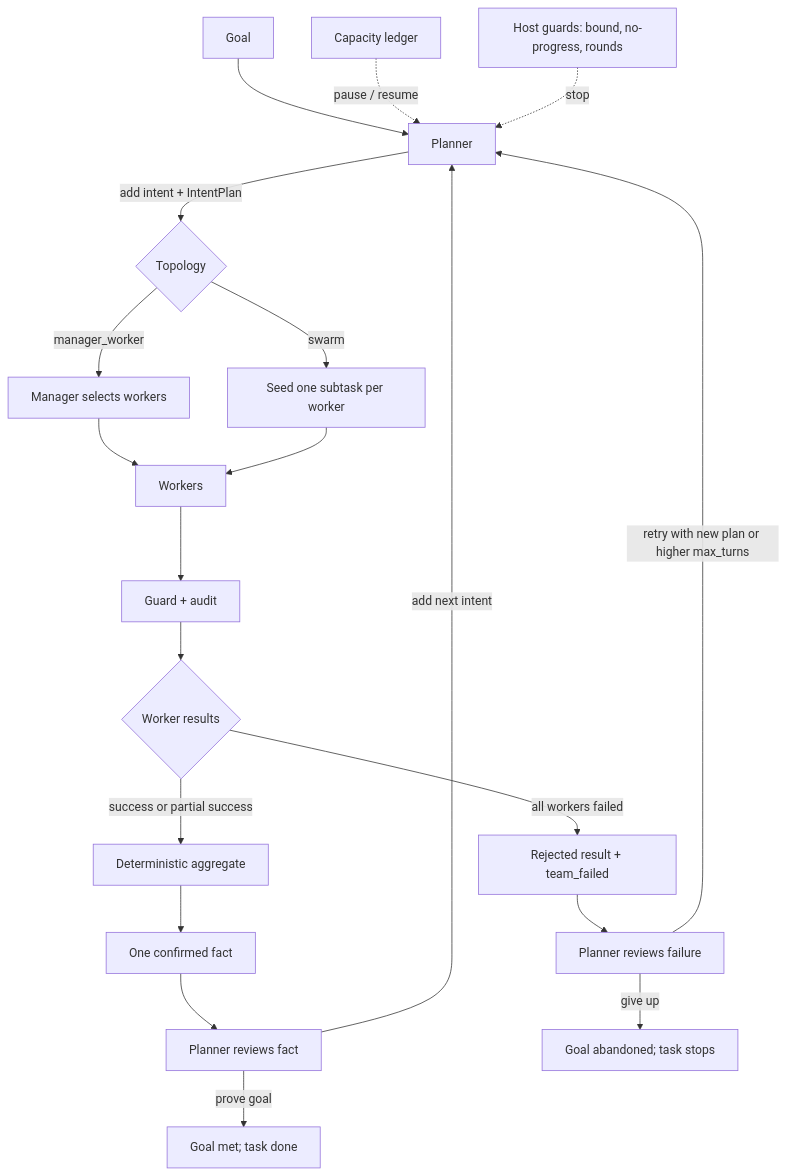
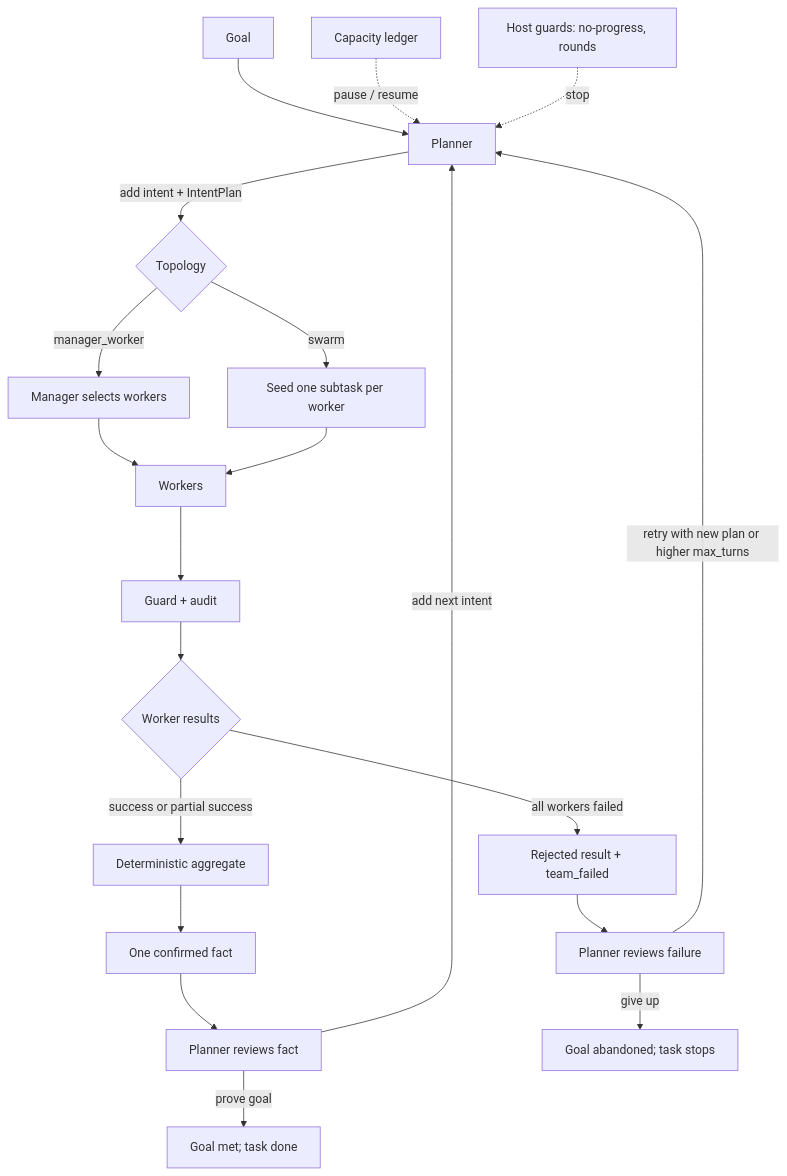
Before and after one commit to akshay93akshay/dhi: the diagram in README.md, drawn with Mermaid. The commit also changed other lines of this file and 49 other files, not shown here.

````diff
--- a/README.md
+++ b/README.md
@@ -18,29 +18,29 @@
 ```mermaid
 flowchart TD
     G[Goal] --> P[Planner]
     P -->|add intent + IntentPlan| T{Topology}
 
     T -->|manager_worker| M[Manager selects workers]
     M --> W[Workers]
     T -->|swarm| S[Seed one subtask per worker]
     S --> W
 
     W --> GU[Guard + audit]
     GU --> R{Worker results}
 
     R -->|success or partial success| AG[Deterministic aggregate]
     AG --> F[One confirmed fact]
     F --> PR[Planner reviews fact]
 
     R -->|all workers failed| RJ[Rejected result + team_failed]
     RJ --> PF[Planner reviews failure]
 
     PR -->|add next intent| P
     PR -->|prove goal| DONE[Goal met; task done]
 
     PF -->|retry with new plan or higher max_turns| P
     PF -->|give up| STOP[Goal abandoned; task stops]
 
     C[Capacity ledger] -. pause / resume .-> P
-    H[Host guards: bound, no-progress, rounds] -. stop .-> P
+    H[Host guards: no-progress, rounds] -. stop .-> P
 ```
````
